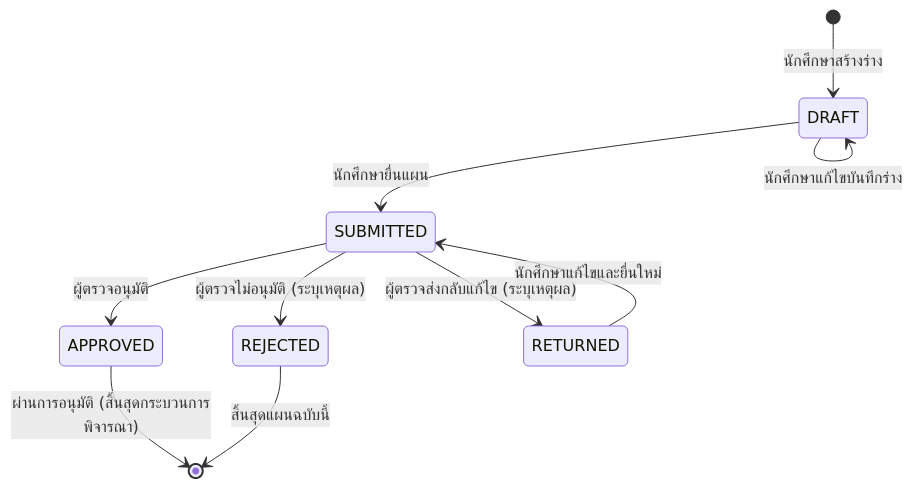
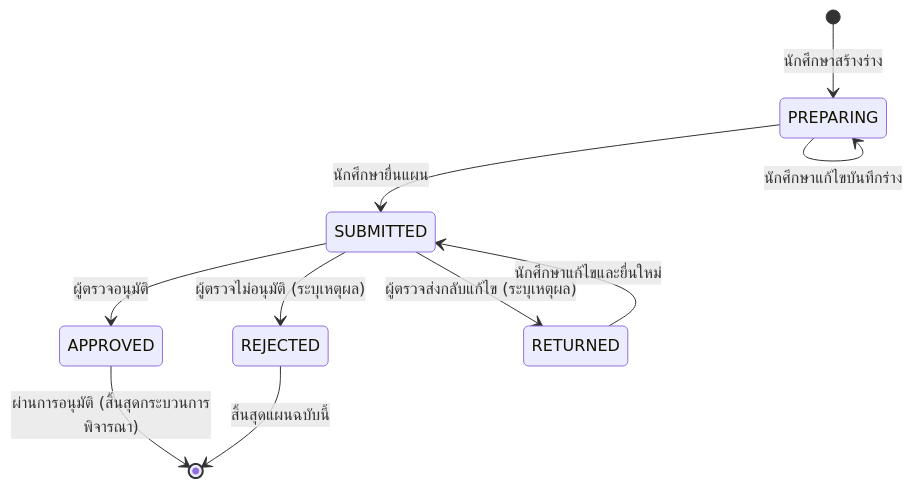
The second of 2 diagrams in docs/working-agreement.md (KaylahJin/CS361-Project), drawn with Mermaid before and after one commit. The commit also changed other lines of this file and 1 other file, not shown here.

````diff
--- a/docs/working-agreement.md
+++ b/docs/working-agreement.md
@@ -167,15 +175,15 @@
 ```mermaid
 stateDiagram-v2
-    [*] --> DRAFT: นักศึกษาสร้างร่าง
-    DRAFT --> SUBMITTED: นักศึกษายื่นแผน
-    DRAFT --> DRAFT: นักศึกษาแก้ไขบันทึกร่าง
+    [*] --> PREPARING: นักศึกษาสร้างร่าง
+    PREPARING --> SUBMITTED: นักศึกษายื่นแผน
+    PREPARING --> PREPARING: นักศึกษาแก้ไขบันทึกร่าง
     
     SUBMITTED --> APPROVED: ผู้ตรวจอนุมัติ
     SUBMITTED --> REJECTED: ผู้ตรวจไม่อนุมัติ (ระบุเหตุผล)
     SUBMITTED --> RETURNED: ผู้ตรวจส่งกลับแก้ไข (ระบุเหตุผล)
     
     RETURNED --> SUBMITTED: นักศึกษาแก้ไขและยื่นใหม่
     
     APPROVED --> [*]: ผ่านการอนุมัติ (สิ้นสุดกระบวนการพิจารณา)
     REJECTED --> [*]: สิ้นสุดแผนฉบับนี้
 ```
````
